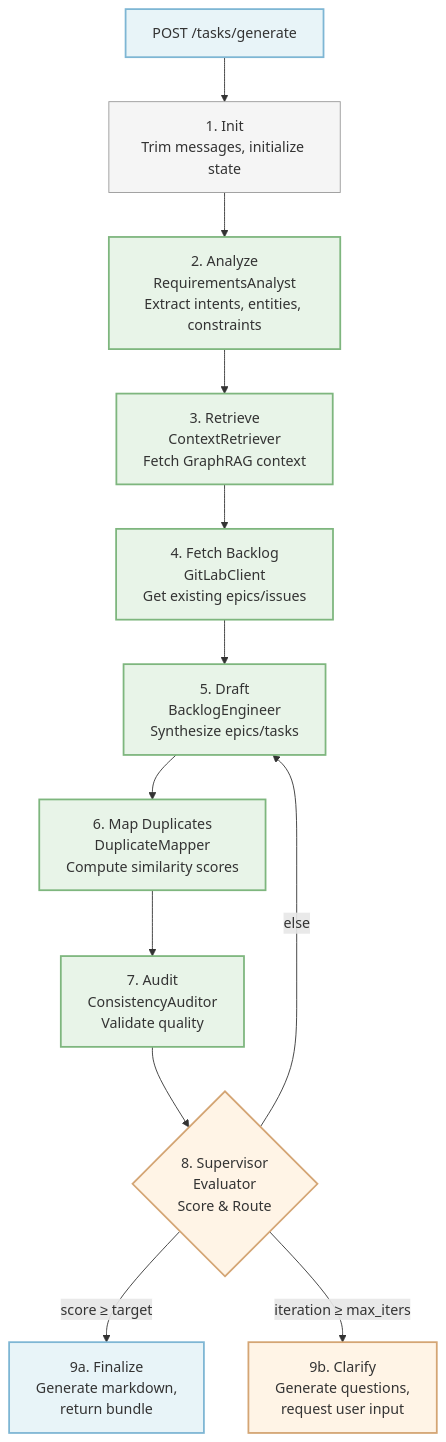
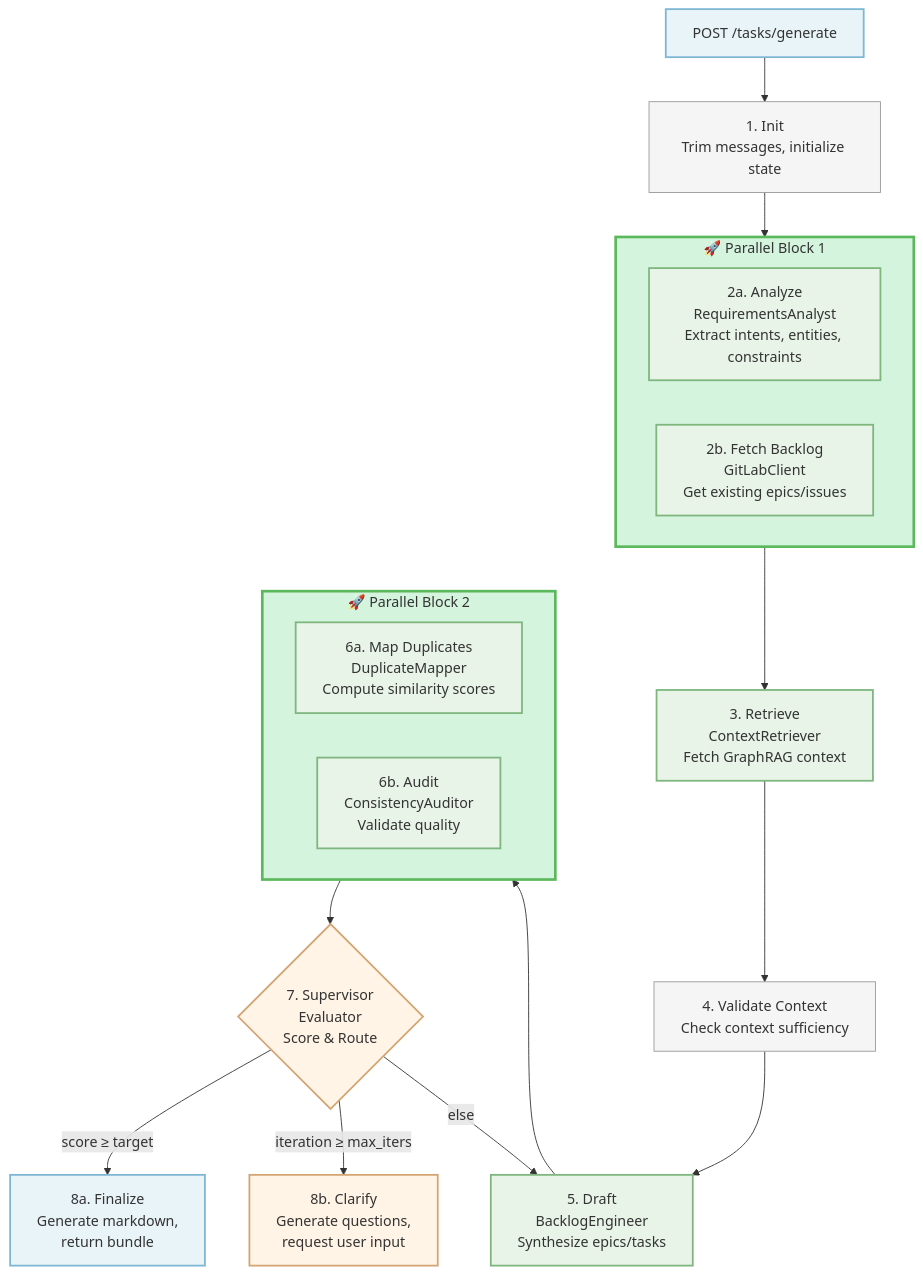
Before and after one commit to vladavilov/playground: the second of 7 diagrams in git-epic-creator/services/ai_tasks_service/README.md, drawn with Mermaid. The commit also changed other lines of this file and 4 other files, not shown here.

````diff
--- a/git-epic-creator/services/ai_tasks_service/README.md
+++ b/git-epic-creator/services/ai_tasks_service/README.md
@@ -124,38 +124,49 @@
 ```mermaid
 flowchart TD
     API[POST /tasks/generate]
     Init[1. Init<br/>Trim messages, initialize state]
-    Analyze[2. Analyze<br/>RequirementsAnalyst<br/>Extract intents, entities, constraints]
+    
+    subgraph Parallel1["🚀 Parallel Block 1"]
+        Analyze[2a. Analyze<br/>RequirementsAnalyst<br/>Extract intents, entities, constraints]
+        FetchBacklog[2b. Fetch Backlog<br/>GitLabClient<br/>Get existing epics/issues]
+    end
+    
     Retrieve[3. Retrieve<br/>ContextRetriever<br/>Fetch GraphRAG context]
-    FetchBacklog[4. Fetch Backlog<br/>GitLabClient<br/>Get existing epics/issues]
+    Validate[4. Validate Context<br/>Check context sufficiency]
     Draft[5. Draft<br/>BacklogEngineer<br/>Synthesize epics/tasks]
-    MapDupes[6. Map Duplicates<br/>DuplicateMapper<br/>Compute similarity scores]
-    Audit[7. Audit<br/>ConsistencyAuditor<br/>Validate quality]
-    Supervisor{8. Supervisor<br/>Evaluator<br/>Score & Route}
-    Finalize[9a. Finalize<br/>Generate markdown,<br/>return bundle]
-    Clarify[9b. Clarify<br/>Generate questions,<br/>request user input]
+    
+    subgraph Parallel2["🚀 Parallel Block 2"]
+        MapDupes[6a. Map Duplicates<br/>DuplicateMapper<br/>Compute similarity scores]
+        Audit[6b. Audit<br/>ConsistencyAuditor<br/>Validate quality]
+    end
+    
+    Supervisor{7. Supervisor<br/>Evaluator<br/>Score & Route}
+    Finalize[8a. Finalize<br/>Generate markdown,<br/>return bundle]
+    Clarify[8b. Clarify<br/>Generate questions,<br/>request user input]
     
     API --> Init
-    Init --> Analyze
-    Analyze --> Retrieve
-    Retrieve --> FetchBacklog
-    FetchBacklog --> Draft
-    Draft --> MapDupes
-    MapDupes --> Audit
-    Audit --> Supervisor
+    Init --> Parallel1
+    Parallel1 --> Retrieve
+    Retrieve --> Validate
+    Validate --> Draft
+    Draft --> Parallel2
+    Parallel2 --> Supervisor
     Supervisor -->|score ≥ target| Finalize
     Supervisor -->|iteration ≥ max_iters| Clarify
     Supervisor -->|else| Draft
     
     style API fill:#e8f4f8,stroke:#7eb6d4,stroke-width:2px
     style Init fill:#f5f5f5,stroke:#999,stroke-width:1px
+    style Parallel1 fill:#d4f4dd,stroke:#5cb85c,stroke-width:3px
+    style Parallel2 fill:#d4f4dd,stroke:#5cb85c,stroke-width:3px
     style Analyze fill:#e8f4e8,stroke:#7eb67e,stroke-width:2px
     style Retrieve fill:#e8f4e8,stroke:#7eb67e,stroke-width:2px
     style FetchBacklog fill:#e8f4e8,stroke:#7eb67e,stroke-width:2px
     style Draft fill:#e8f4e8,stroke:#7eb67e,stroke-width:2px
     style MapDupes fill:#e8f4e8,stroke:#7eb67e,stroke-width:2px
     style Audit fill:#e8f4e8,stroke:#7eb67e,stroke-width:2px
+    style Validate fill:#f5f5f5,stroke:#999,stroke-width:1px
     style Supervisor fill:#fff4e6,stroke:#d4a574,stroke-width:2px
     style Finalize fill:#e8f4f8,stroke:#7eb6d4,stroke-width:2px
     style Clarify fill:#fff4e6,stroke:#d4a574,stroke-width:2px
 ```
````
